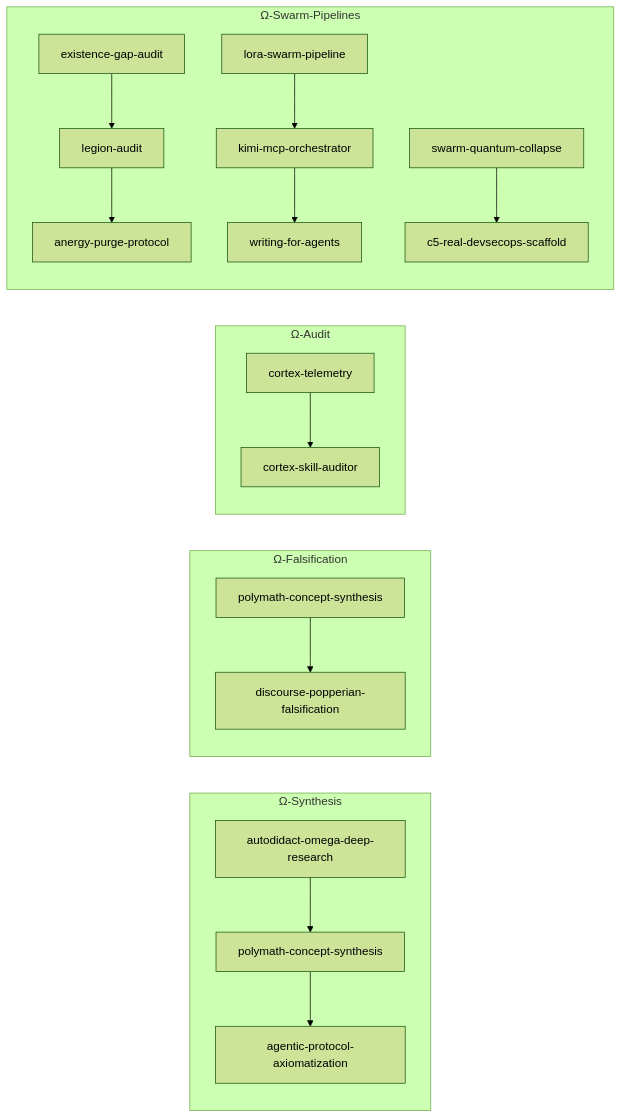
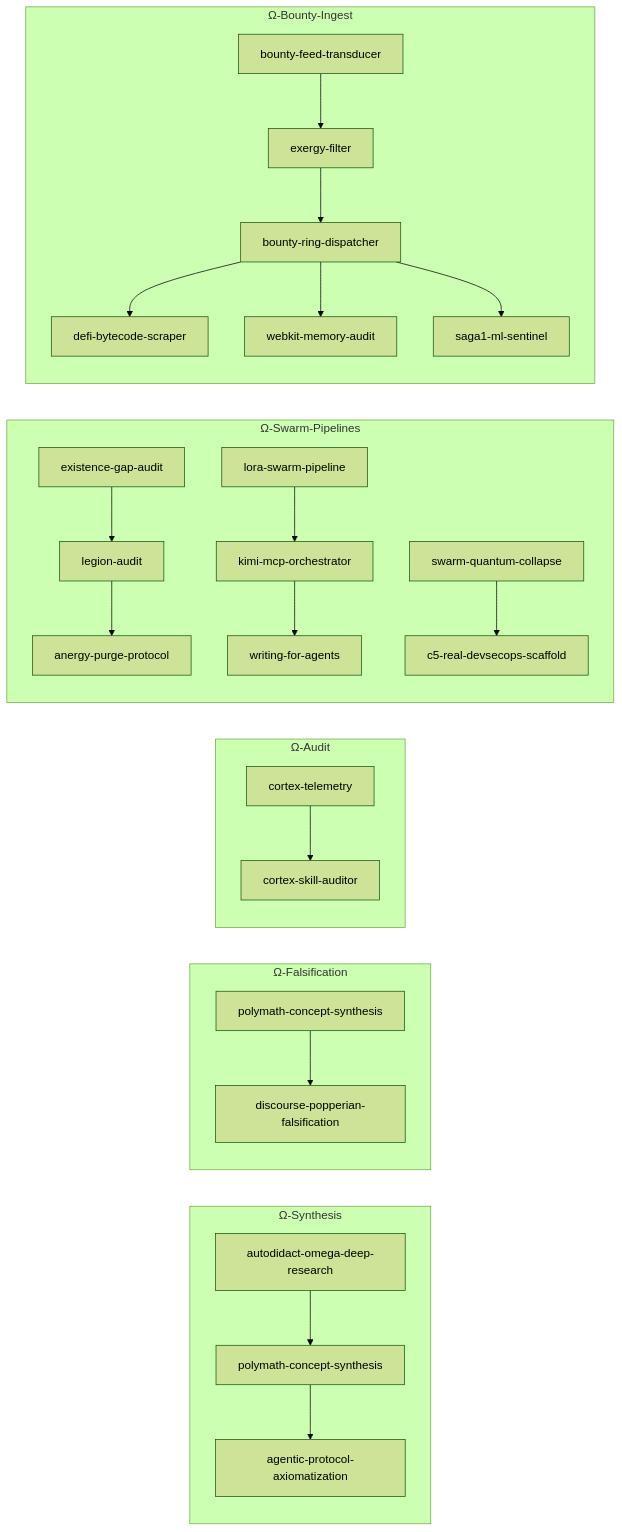
The diagram in skills/cortex-skill-composer/SKILL.md (borjamoskv/cortex-persist), drawn with Mermaid (forest theme) before and after one commit. The commit also changed other lines of this file and 571 other files, not shown here.

````diff
--- a/skills/cortex-skill-composer/SKILL.md
+++ b/skills/cortex-skill-composer/SKILL.md
@@ -17,17 +33,23 @@
 ```mermaid
 graph LR
     subgraph Ω-Synthesis
         DR["autodidact-omega-deep-research"] --> PCS["polymath-concept-synthesis"] --> APA["agentic-protocol-axiomatization"]
     end
     subgraph Ω-Falsification
         PCS2["polymath-concept-synthesis"] --> DPF["discourse-popperian-falsification"]
     end
     subgraph Ω-Audit
         CT["cortex-telemetry"] --> CSA["cortex-skill-auditor"]
     end
     subgraph Ω-Swarm-Pipelines
         EGA["existence-gap-audit"] --> LA["legion-audit"] --> APP["anergy-purge-protocol"]
         LSP["lora-swarm-pipeline"] --> KMO["kimi-mcp-orchestrator"] --> WFA["writing-for-agents"]
         SQC["swarm-quantum-collapse"] --> CDS["c5-real-devsecops-scaffold"]
     end
+    subgraph Ω-Bounty-Ingest
+        BFT["bounty-feed-transducer"] --> EXF["exergy-filter"] --> BRD["bounty-ring-dispatcher"]
+        BRD --> DBS["defi-bytecode-scraper"]
+        BRD --> WMA["webkit-memory-audit"]
+        BRD --> S1M["saga1-ml-sentinel"]
+    end
 ```
````
